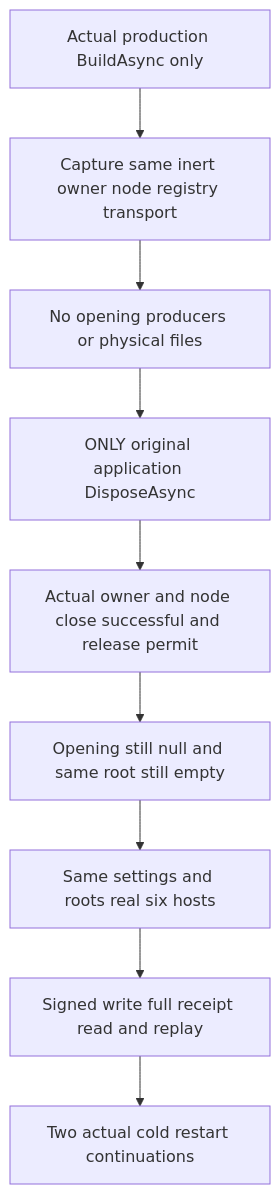
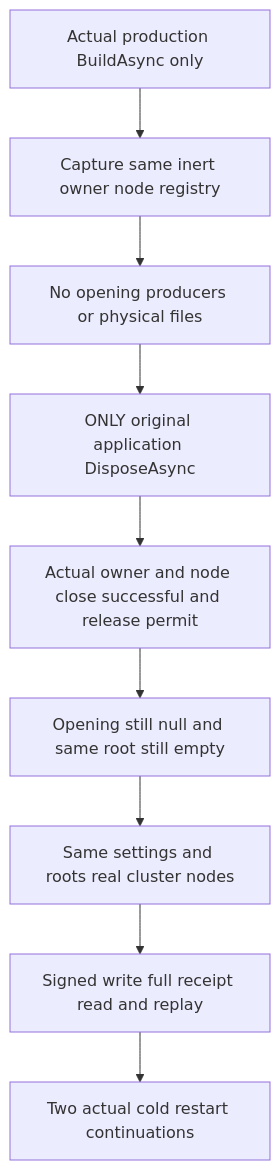
Before and after one commit to managedcode/KeyLoad: the diagram in docs/Features/StorageRecovery/NativePreStartApplicationDisposal.md, drawn with Mermaid. The commit also changed other lines of this file and 7356 other files, not shown here.

````diff
--- a/docs/Features/StorageRecovery/NativePreStartApplicationDisposal.md
+++ b/docs/Features/StorageRecovery/NativePreStartApplicationDisposal.md
@@ -11,11 +11,11 @@
 ```mermaid
 flowchart TD
-    Build[Actual production BuildAsync only] --> Capture[Capture same inert owner node registry transport]
+    Build[Actual production BuildAsync only] --> Capture[Capture same inert owner node registry]
     Capture --> Empty[No opening producers or physical files]
     Empty --> Dispose[ONLY original application DisposeAsync]
     Dispose --> Permit[Actual owner and node close successful and release permit]
     Permit --> StillEmpty[Opening still null and same root still empty]
-    StillEmpty --> Group[Same settings and roots real six hosts]
+    StillEmpty --> Group[Same settings and roots real cluster nodes]
     Group --> Signed[Signed write full receipt read and replay]
     Signed --> Cold[Two actual cold restart continuations]
 ```
````
